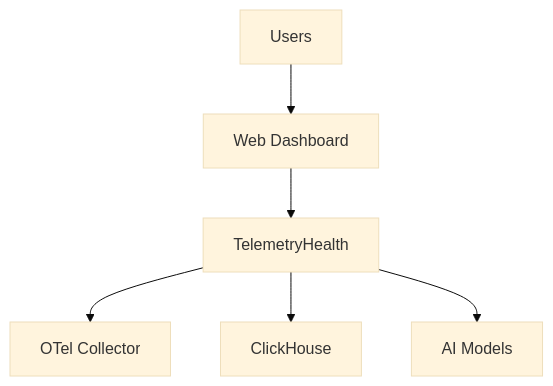
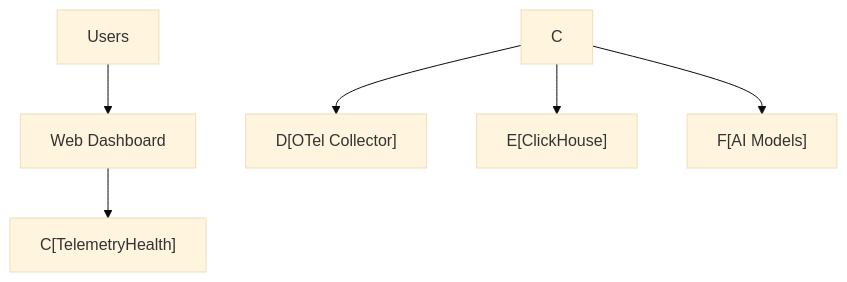
The first of 4 diagrams in docs/architecture/026_Reference Architecture.md (frag2win/TelemetryHealth), drawn with Mermaid (base theme) before and after one commit. The commit also changed other lines of this file and 25 other files, not shown here.

Commit message:
docs: fix strict Mermaid.js parse errors (unsupported inline quoted node IDs)

````diff
--- a/docs/architecture/026_Reference Architecture.md
+++ b/docs/architecture/026_Reference Architecture.md
@@ -76,8 +76,8 @@
 ```mermaid
 graph TD
-    A[Users] --> B[Web Dashboard]
-    B --> C[TelemetryHealth]
-    C --> D[OTel Collector]
-    C --> E[ClickHouse]
-    C --> F[AI Models]
+A[Users] --> B[Web Dashboard]
+    B --> N1["C[TelemetryHealth]"]
+    C --> N2["D[OTel Collector]"]
+    C --> N3["E[ClickHouse]"]
+    C --> N4["F[AI Models]"]
 ```
````
